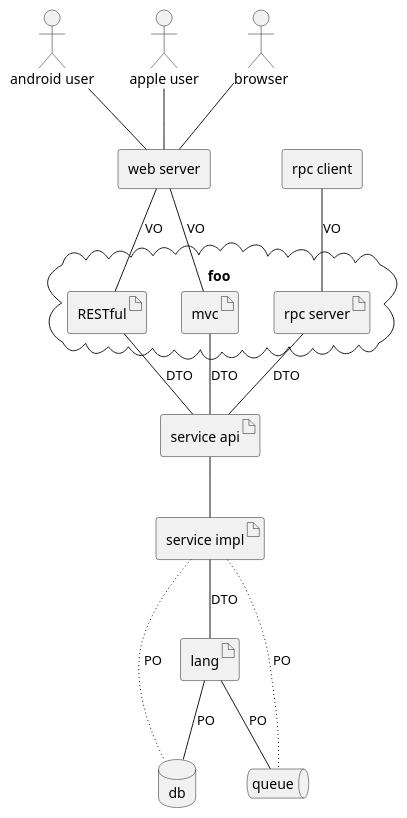
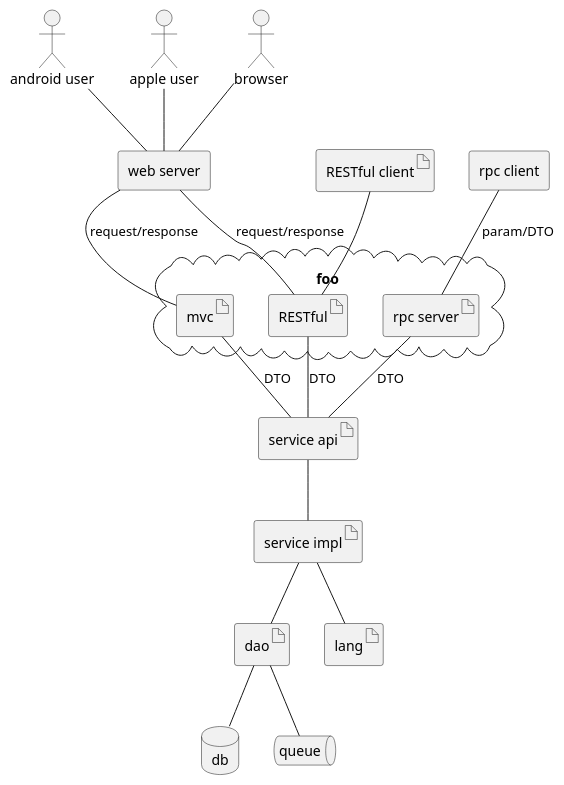
One commit to wuda0112/project-structure-archetype changed the diagram in architecture.puml. Above: the diagram before and after it, drawn with PlantUML. The commit also changed 32 other files, not shown here.

```diff
--- a/architecture.puml
+++ b/architecture.puml
@@ -1,46 +1,50 @@
 @startuml
 actor android [
     android user
 ]
 actor apple [
     apple user
 ]
 actor browser
 agent server [
     web server
 ]
 agent rpc_client [
     rpc client
 ]
 database db
 queue queue
 cloud foo  {
     artifact rpc_server [
         rpc server
     ]
     artifact RESTful
     artifact mvc
 }
+artifact RESTful_client [
+    RESTful client
+]
 artifact service_api [
      service api
 ]
 artifact service_impl [
     service impl
 ]
+artifact dao
 artifact lang
 android -- server
 apple -- server
 browser -- server
-server -- mvc : VO
-rpc_client -- rpc_server : VO
-server -- RESTful : VO
+server -- mvc : request/response
+rpc_client -- rpc_server : param/DTO
+server -- RESTful : request/response
+RESTful_client -- RESTful
 rpc_server -- service_api : DTO
 RESTful -- service_api : DTO
 mvc -- service_api : DTO
 service_api -- service_impl
-service_impl -- lang : DTO
-lang -- db : PO
-service_impl ~~ db : PO
-lang -- queue : PO
-service_impl ~~ queue : PO
+service_impl -- lang
+service_impl -- dao
+dao -- db
+dao -- queue
 @enduml
```
